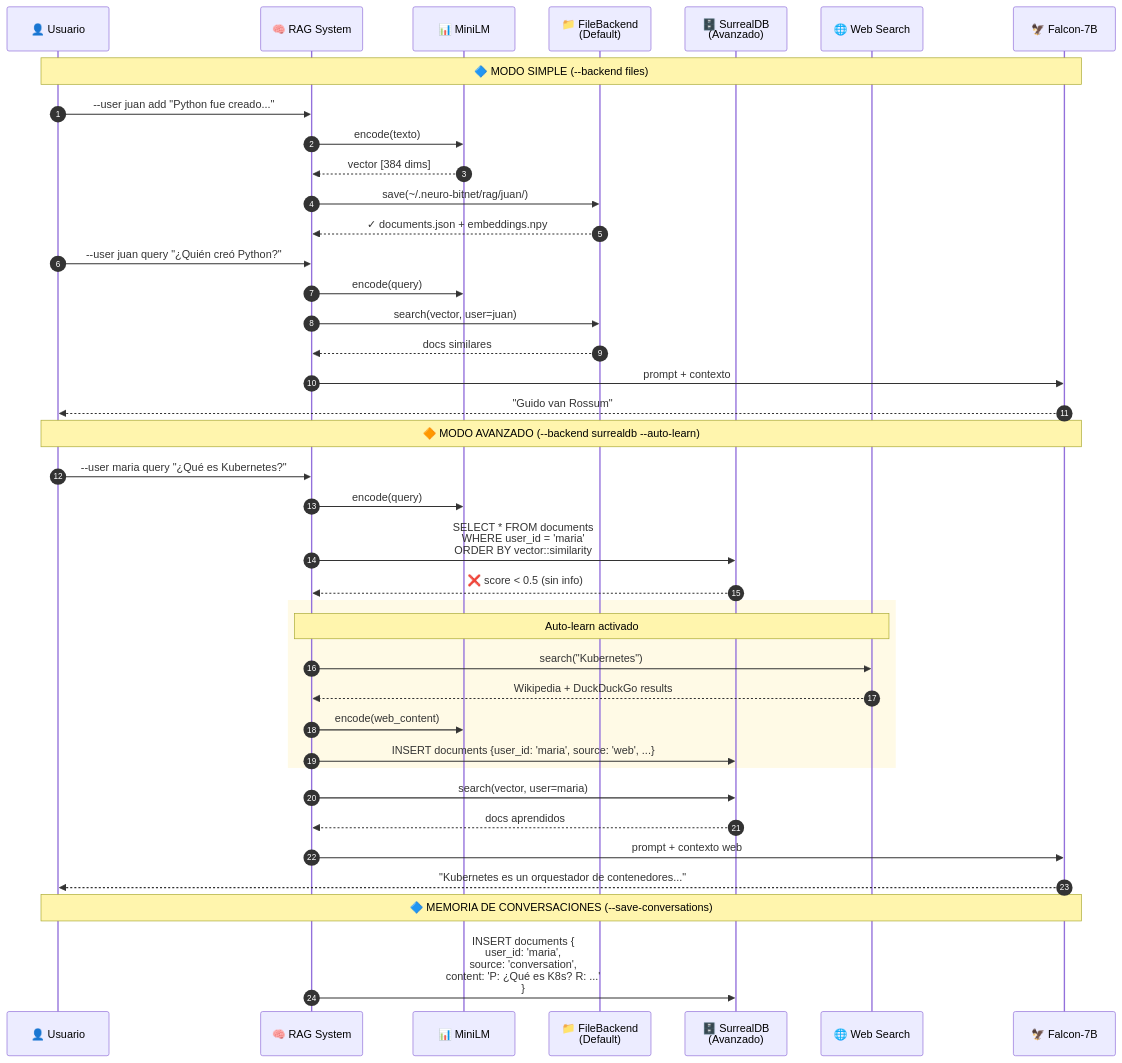
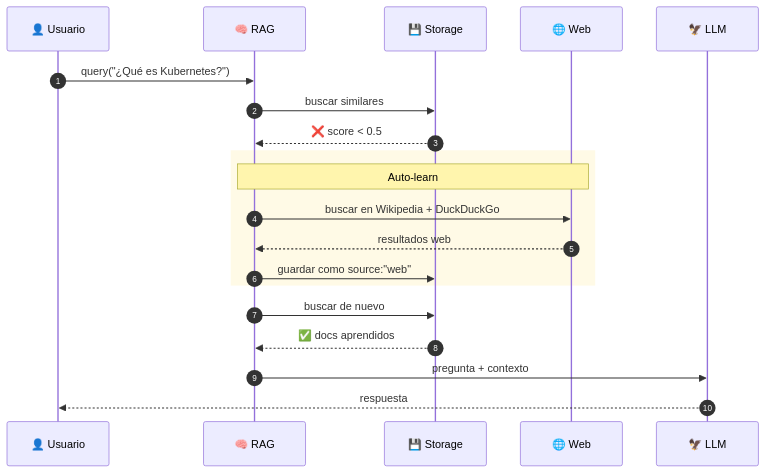
One commit to madkoding/neuro-bitnet changed the fifth of 6 diagrams in README.md. Above: the diagram before and after it, drawn with Mermaid. The commit also changed other lines of this file, not shown here.

Commit message:
docs: simplify architecture diagrams for better readability

````diff
--- a/README.md
+++ b/README.md
@@ -79,50 +129,25 @@
 ```mermaid
 sequenceDiagram
     autonumber
     participant U as 👤 Usuario
-    participant RAG as 🧠 RAG System
-    participant ML as 📊 MiniLM
-    participant FS as 📁 FileBackend<br/>(Default)
-    participant SD as 🗄️ SurrealDB<br/>(Avanzado)
-    participant WEB as 🌐 Web Search
-    participant LLM as 🦅 Falcon-7B
+    participant RAG as 🧠 RAG
+    participant S as 💾 Storage
+    participant W as 🌐 Web
+    participant LLM as 🦅 LLM
 
-    Note over U,LLM: 🔷 MODO SIMPLE (--backend files)
-    
-    U->>RAG: --user juan add "Python fue creado..."
-    RAG->>ML: encode(texto)
-    ML-->>RAG: vector [384 dims]
-    RAG->>FS: save(~/.neuro-bitnet/rag/juan/)
-    FS-->>RAG: ✓ documents.json + embeddings.npy
-
-    U->>RAG: --user juan query "¿Quién creó Python?"
-    RAG->>ML: encode(query)
-    RAG->>FS: search(vector, user=juan)
-    FS-->>RAG: docs similares
-    RAG->>LLM: prompt + contexto
-    LLM-->>U: "Guido van Rossum"
-
-    Note over U,LLM: 🔶 MODO AVANZADO (--backend surrealdb --auto-learn)
-
-    U->>RAG: --user maria query "¿Qué es Kubernetes?"
-    RAG->>ML: encode(query)
-    RAG->>SD: SELECT * FROM documents<br/>WHERE user_id = 'maria'<br/>ORDER BY vector::similarity
-    SD-->>RAG: ❌ score < 0.5 (sin info)
+    U->>RAG: query("¿Qué es Kubernetes?")
+    RAG->>S: buscar similares
+    S-->>RAG: ❌ score < 0.5
     
     rect rgb(255, 250, 230)
-        Note over RAG,WEB: Auto-learn activado
-        RAG->>WEB: search("Kubernetes")
-        WEB-->>RAG: Wikipedia + DuckDuckGo results
-        RAG->>ML: encode(web_content)
-        RAG->>SD: INSERT documents {user_id: 'maria', source: 'web', ...}
+        Note over RAG,W: Auto-learn
+        RAG->>W: buscar en Wikipedia + DuckDuckGo
+        W-->>RAG: resultados web
+        RAG->>S: guardar como source:"web"
     end
     
-    RAG->>SD: search(vector, user=maria)
-    SD-->>RAG: docs aprendidos
-    RAG->>LLM: prompt + contexto web
-    LLM-->>U: "Kubernetes es un orquestador de contenedores..."
-
-    Note over U,LLM: 🔷 MEMORIA DE CONVERSACIONES (--save-conversations)
-    
-    RAG->>SD: INSERT documents {<br/>  user_id: 'maria',<br/>  source: 'conversation',<br/>  content: 'P: ¿Qué es K8s? R: ...'<br/>}
+    RAG->>S: buscar de nuevo
+    S-->>RAG: ✅ docs aprendidos
+    RAG->>LLM: pregunta + contexto
+    LLM-->>U: respuesta
 ```
````
